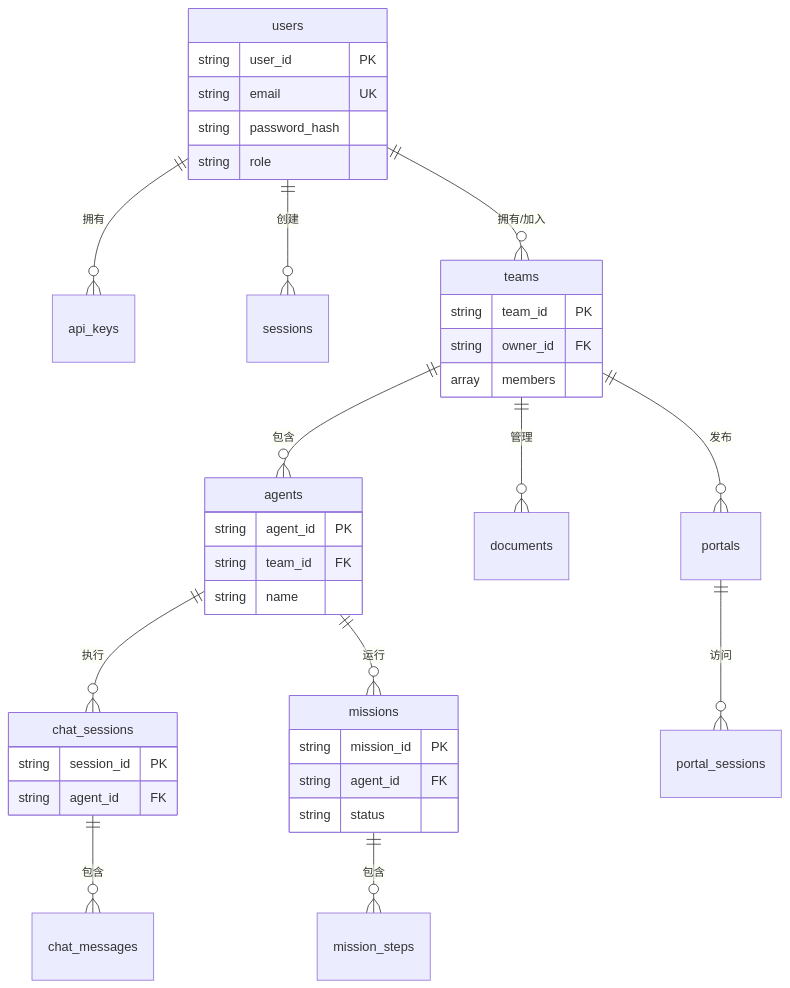
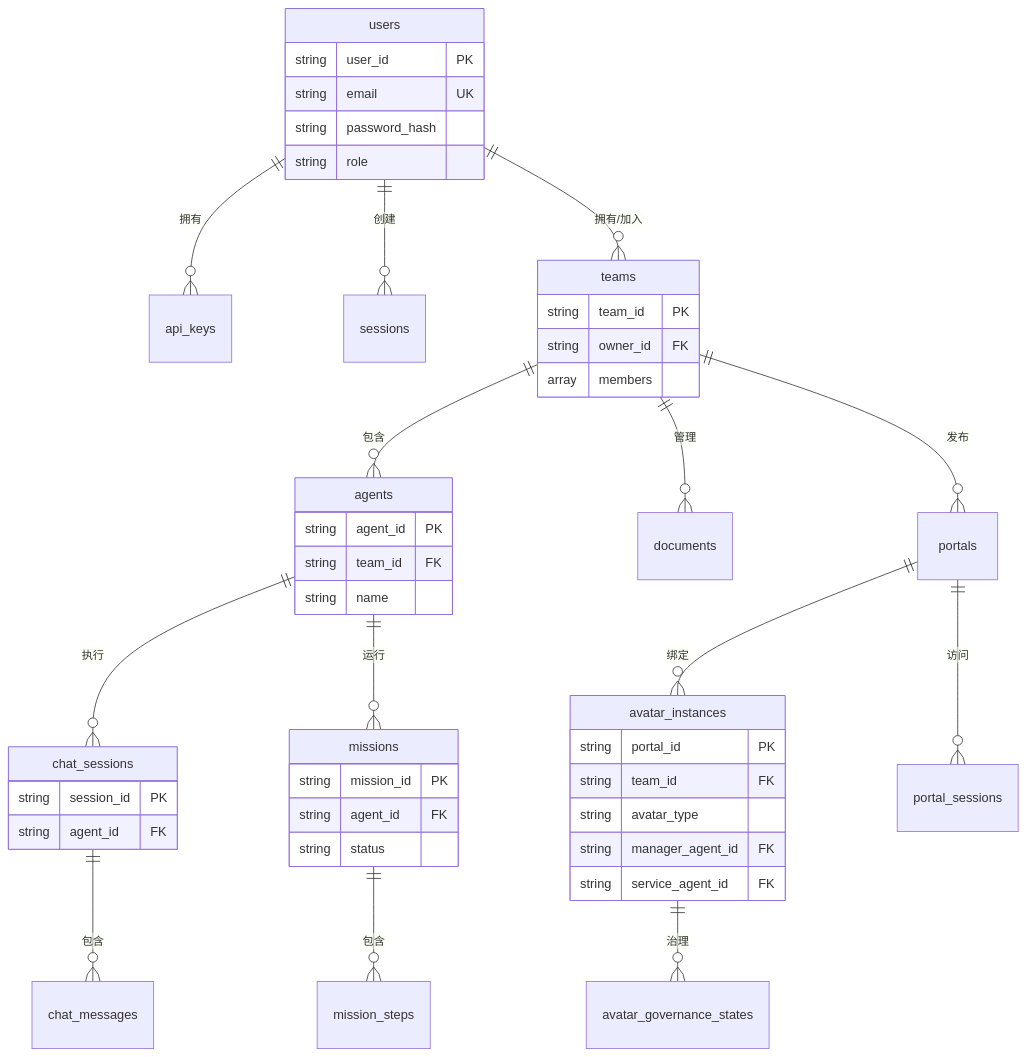
Before and after one commit to jsjm1986/AGIME: the diagram in docs/DATABASE_SCHEMA.md, drawn with Mermaid. The commit also changed other lines of this file and 70 other files, not shown here.

````diff
--- a/docs/DATABASE_SCHEMA.md
+++ b/docs/DATABASE_SCHEMA.md
@@ -9,44 +9,54 @@
 ```mermaid
 erDiagram
     users ||--o{ api_keys : "拥有"
     users ||--o{ sessions : "创建"
     users ||--o{ teams : "拥有/加入"
     teams ||--o{ agents : "包含"
     teams ||--o{ documents : "管理"
     teams ||--o{ portals : "发布"
+    portals ||--o{ avatar_instances : "绑定"
+    avatar_instances ||--o{ avatar_governance_states : "治理"
     agents ||--o{ chat_sessions : "执行"
     agents ||--o{ missions : "运行"
     chat_sessions ||--o{ chat_messages : "包含"
     missions ||--o{ mission_steps : "包含"
     portals ||--o{ portal_sessions : "访问"
 
     users {
         string user_id PK
         string email UK
         string password_hash
         string role
     }
 
     teams {
         string team_id PK
         string owner_id FK
         array members
     }
 
     agents {
         string agent_id PK
         string team_id FK
         string name
     }
 
+    avatar_instances {
+        string portal_id PK
+        string team_id FK
+        string avatar_type
+        string manager_agent_id FK
+        string service_agent_id FK
+    }
+
     chat_sessions {
         string session_id PK
         string agent_id FK
     }
 
     missions {
         string mission_id PK
         string agent_id FK
         string status
     }
 ```
````
